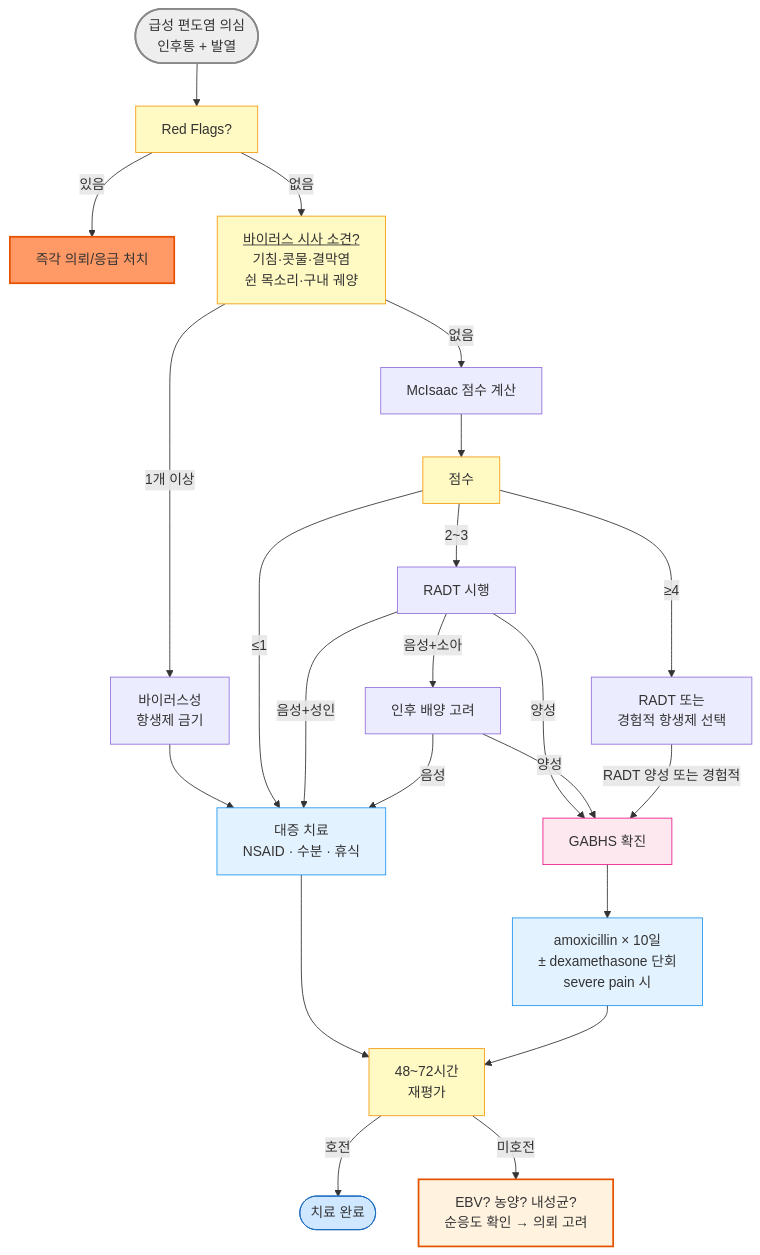
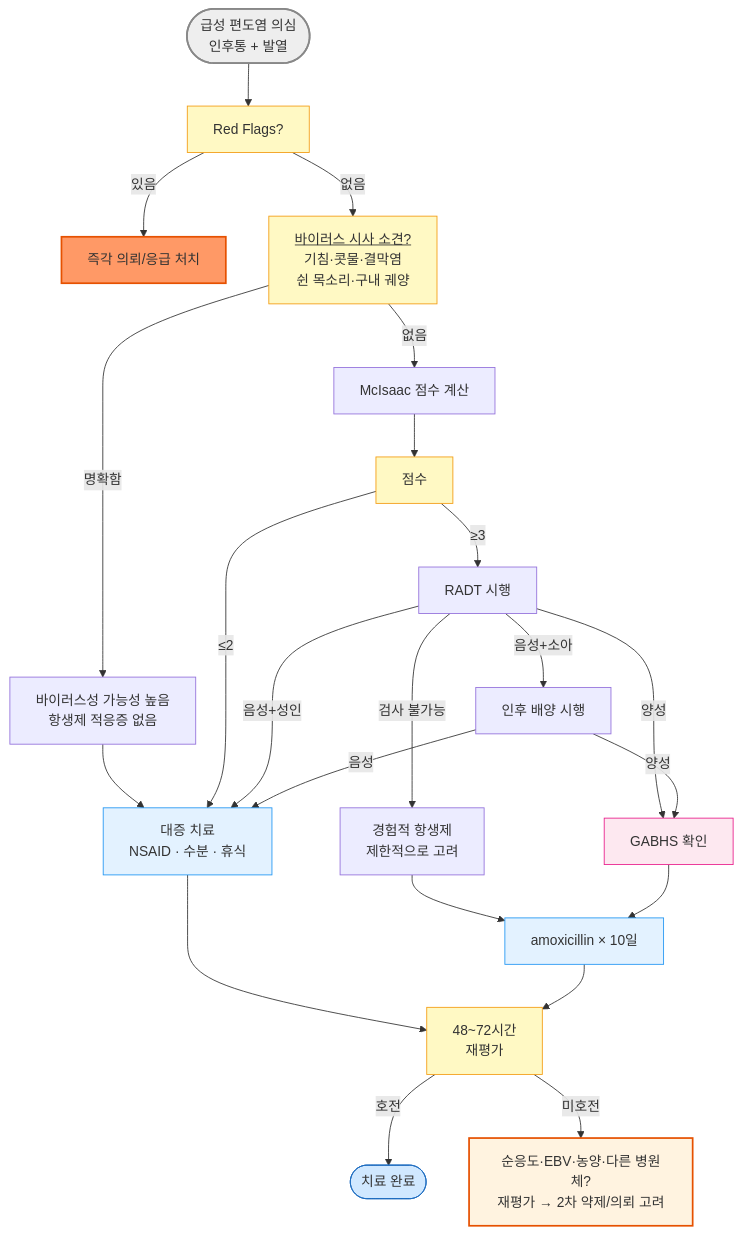
Before and after one commit to familyoh77/familyoh77: the diagram in 223_/064_-tonsillitis.md, drawn with Mermaid. The commit also changed other lines of this file and 5 other files, not shown here.

````diff
--- a/223_/064_-tonsillitis.md
+++ b/223_/064_-tonsillitis.md
@@ -119,34 +128,34 @@
 ```mermaid
 graph TD
     A([급성 편도염 의심<br/>인후통 + 발열]) --> B[Red Flags?]
     B -- 있음 --> C[즉각 의뢰/응급 처치]
     B -- 없음 --> D[<u>바이러스 시사 소견?</u><br/>기침·콧물·결막염<br/>쉰 목소리·구내 궤양]
-    D -- 1개 이상 --> E[바이러스성<br/>항생제 금기]
+    D -- 명확함 --> E[바이러스성 가능성 높음<br/>항생제 적응증 없음]
     D -- 없음 --> F[McIsaac 점수 계산]
     E --> G[대증 치료<br/>NSAID · 수분 · 휴식]
     F --> H[점수]
-    H -- ≤1 --> G
-    H -- 2~3 --> I[RADT 시행]
-    H -- ≥4 --> J[RADT 또는<br/>경험적 항생제 선택]
-    I -- 양성 --> K[GABHS 확진]
-    I -- 음성+소아 --> L[인후 배양 고려]
+    H -- ≤2 --> G
+    H -- ≥3 --> I[RADT 시행]
+    I -- 양성 --> K[GABHS 확인]
+    I -- 음성+소아 --> L[인후 배양 시행]
     I -- 음성+성인 --> G
     L -- 양성 --> K
     L -- 음성 --> G
-    J -- RADT 양성 또는 경험적 --> K
-    K --> M[amoxicillin × 10일<br/>± dexamethasone 단회<br/>severe pain 시]
+    I -- 검사 불가능 --> J[경험적 항생제<br/>제한적으로 고려]
+    J --> M
+    K --> M[amoxicillin × 10일]
     G --> N[48~72시간<br/>재평가]
     M --> N
     N -- 호전 --> O([치료 완료])
-    N -- 미호전 --> P[EBV? 농양? 내성균?<br/>순응도 확인 → 의뢰 고려]
+    N -- 미호전 --> P[순응도·EBV·농양·다른 병원체?<br/>재평가 → 2차 약제/의뢰 고려]
 
 style A fill:#eeeeee,stroke:#888888,stroke-width:2px
 classDef yellow fill:#fff9c4,stroke:#f39c12
 class B,D,H,N yellow
 classDef sky fill:#e3f2ff,stroke:#2196f3
 class G,M sky
 style K fill:#fde8f0,stroke:#e91e8c
         style C fill:#f96,stroke:#e65100,stroke-width:2px
     style P fill:#fff3e0,stroke:#e65100,stroke-width:2px
     style O fill:#d0e8ff,stroke:#1a6abf
 ```
````
